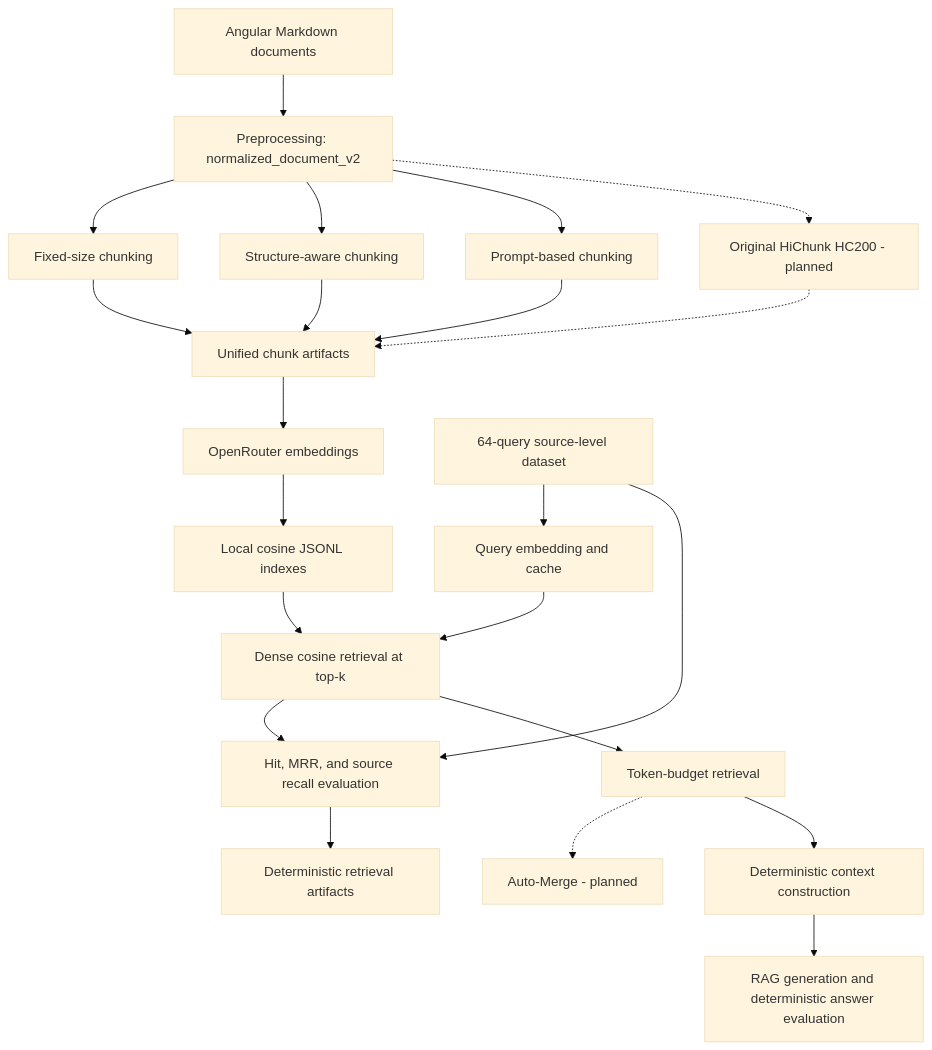
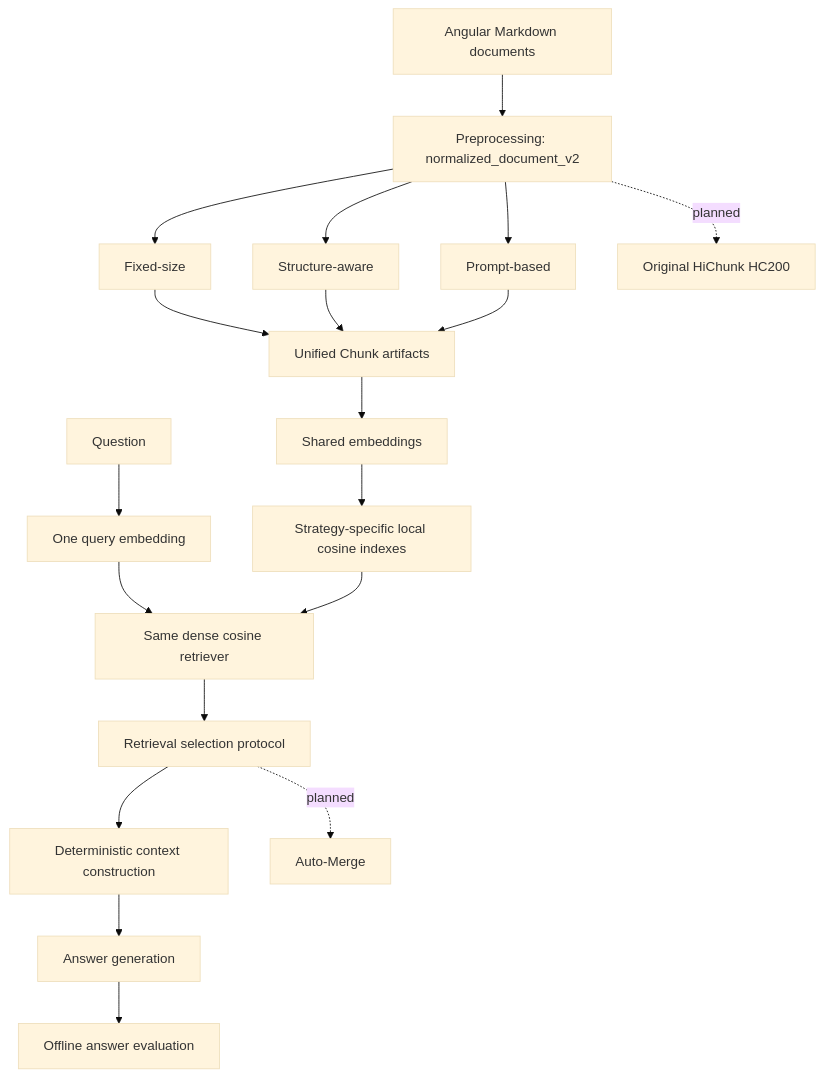
The diagram in README.md (binhminh28/nlp-final-project-rag-v2), drawn with Mermaid (base theme) before and after one commit. The commit also changed other lines of this file, not shown here.

````diff
--- a/README.md
+++ b/README.md
@@ -42,29 +28,21 @@
 ```mermaid
 flowchart TD
-    DOCS["Angular Markdown documents"] --> PRE["Preprocessing: normalized_document_v2"]
-
-    PRE --> FIXED["Fixed-size chunking"]
-    PRE --> STRUCTURE["Structure-aware chunking"]
-    PRE --> PROMPT["Prompt-based chunking"]
-
-    FIXED --> CHUNKS["Unified chunk artifacts"]
-    STRUCTURE --> CHUNKS
-    PROMPT --> CHUNKS
-
-    CHUNKS --> EMBED["OpenRouter embeddings"]
-    EMBED --> INDEX["Local cosine JSONL indexes"]
-
-    DATASET["64-query source-level dataset"] --> QUERY["Query embedding and cache"]
-    QUERY --> SEARCH["Dense cosine retrieval at top-k"]
-    INDEX --> SEARCH
-    SEARCH --> EVAL["Hit, MRR, and source recall evaluation"]
-    DATASET --> EVAL
-    EVAL --> RESULTS["Deterministic retrieval artifacts"]
-
-    PRE -.-> HICHUNK["Original HiChunk HC200 - planned"]
-    HICHUNK -.-> CHUNKS
-    SEARCH --> BUDGET["Token-budget retrieval"]
-    BUDGET -.-> AUTOMERGE["Auto-Merge - planned"]
-    BUDGET --> CONTEXT["Deterministic context construction"]
-    CONTEXT --> RAG["RAG generation and deterministic answer evaluation"]
+    documents[Angular Markdown documents] --> preprocess[Preprocessing: normalized_document_v2]
+    preprocess --> fixed[Fixed-size]
+    preprocess --> structure[Structure-aware]
+    preprocess --> prompt[Prompt-based]
+    fixed --> chunks[Unified Chunk artifacts]
+    structure --> chunks
+    prompt --> chunks
+    chunks --> embeddings[Shared embeddings]
+    embeddings --> indexes[Strategy-specific local cosine indexes]
+    question[Question] --> query_embedding[One query embedding]
+    query_embedding --> dense[Same dense cosine retriever]
+    indexes --> dense
+    dense --> protocol[Retrieval selection protocol]
+    protocol --> context[Deterministic context construction]
+    context --> generation[Answer generation]
+    generation --> evaluation[Offline answer evaluation]
+    preprocess -. planned .-> hc200[Original HiChunk HC200]
+    protocol -. planned .-> automerge[Auto-Merge]
 ```
````
